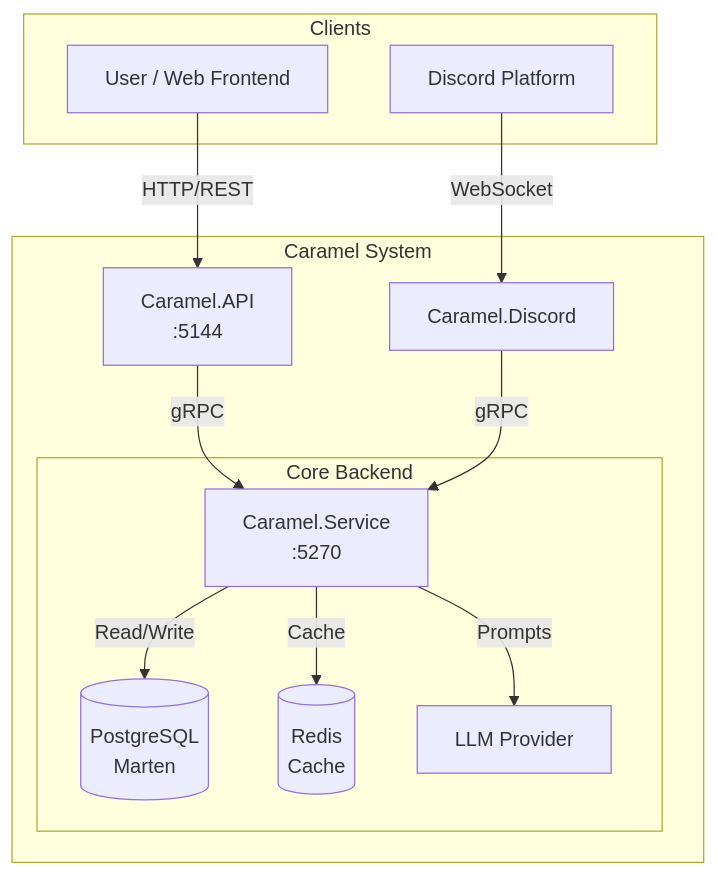
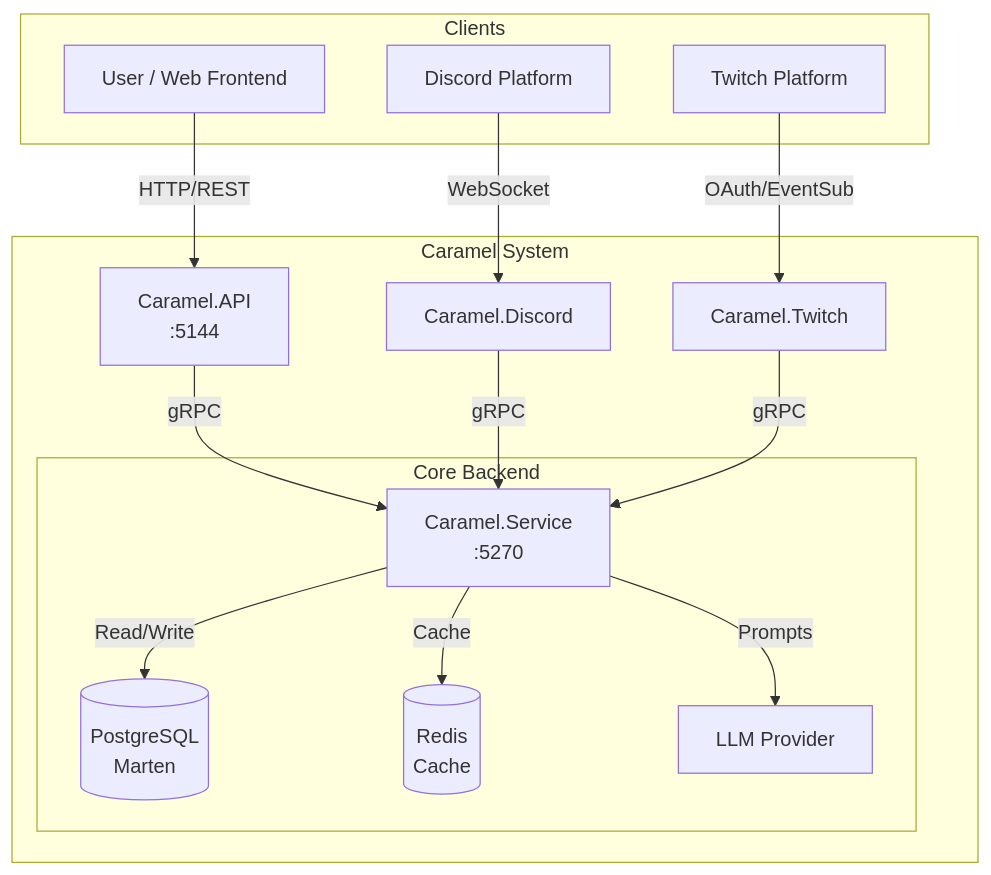
Before and after one commit to codeacula/caramel: the first of 6 diagrams in ARCHITECTURE.md, drawn with Mermaid. The commit also changed other lines of this file and 6 other files, not shown here.

````diff
--- a/ARCHITECTURE.md
+++ b/ARCHITECTURE.md
@@ -17,29 +17,33 @@
 ```mermaid
 graph TD
     subgraph Clients
         User[User / Web Frontend]
         DiscordPlatform[Discord Platform]
+        TwitchPlatform[Twitch Platform]
     end
 
     subgraph "Caramel System"
         API[Caramel.API<br/>:5144]
         Bot[Caramel.Discord]
+        Twitch[Caramel.Twitch]
         
         subgraph "Core Backend"
             Service[Caramel.Service<br/>:5270]
             DB[(PostgreSQL<br/>Marten)]
             Redis[(Redis<br/>Cache)]
             AI[LLM Provider]
         end
     end
 
     User -->|HTTP/REST| API
     DiscordPlatform -->|WebSocket| Bot
+    TwitchPlatform -->|OAuth/EventSub| Twitch
     
     API -->|gRPC| Service
     Bot -->|gRPC| Service
+    Twitch -->|gRPC| Service
     
     Service -->|Read/Write| DB
     Service -->|Cache| Redis
     Service -->|Prompts| AI
 ```
````
